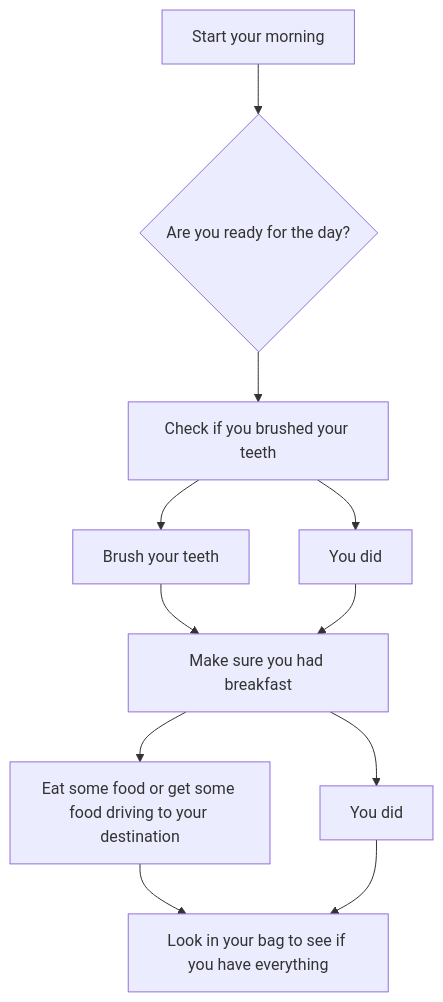
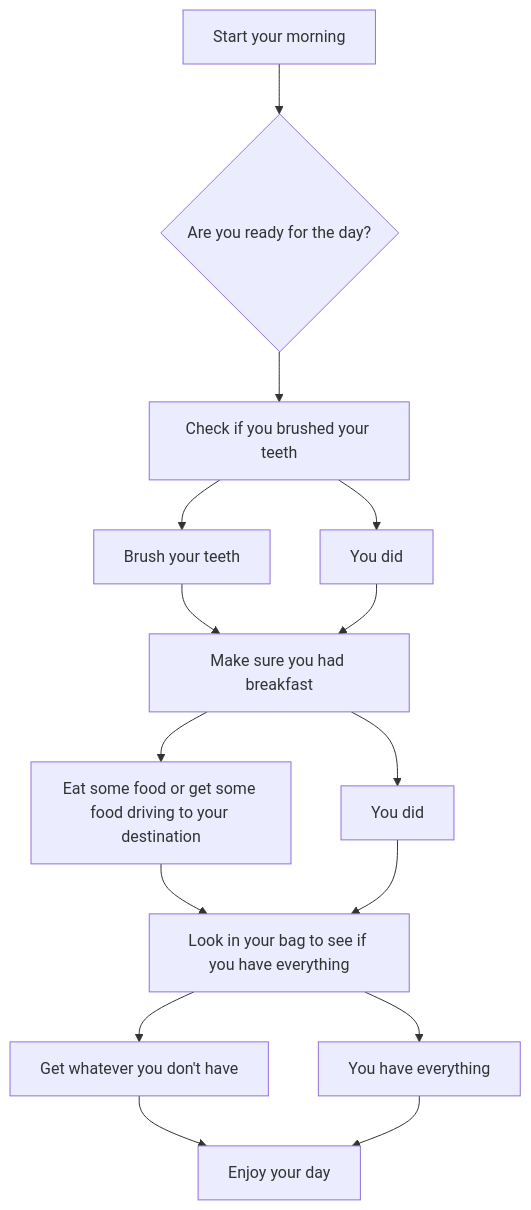
One commit to Edward3785/Edward3785.github.io changed the diagram in Diagram.md. Above: the diagram before and after it, drawn with Mermaid.

Commit message:
Finished branch tree

````diff
--- a/Diagram.md
+++ b/Diagram.md
@@ -3,19 +3,23 @@
 ```mermaid
  flowchart TD;
      A[Start your morning]-->B{Are you ready for the day?};
      B --> C[Check if you brushed your teeth]
      C --> D[Brush your teeth]
      C --> E[You did]
      D --> F[Make sure you had breakfast]
      E --> F
      F --> G[Eat some food or get some food driving to your destination]
      F --> H[You did]
      G --> I[Look in your bag to see if you have everything]
      H --> I
+     I --> J[Get whatever you don't have]
+     I --> K[You have everything]
+     J --> L[Enjoy your day]
+     K --> L
 
      
      
     
     
 
 ```
````
